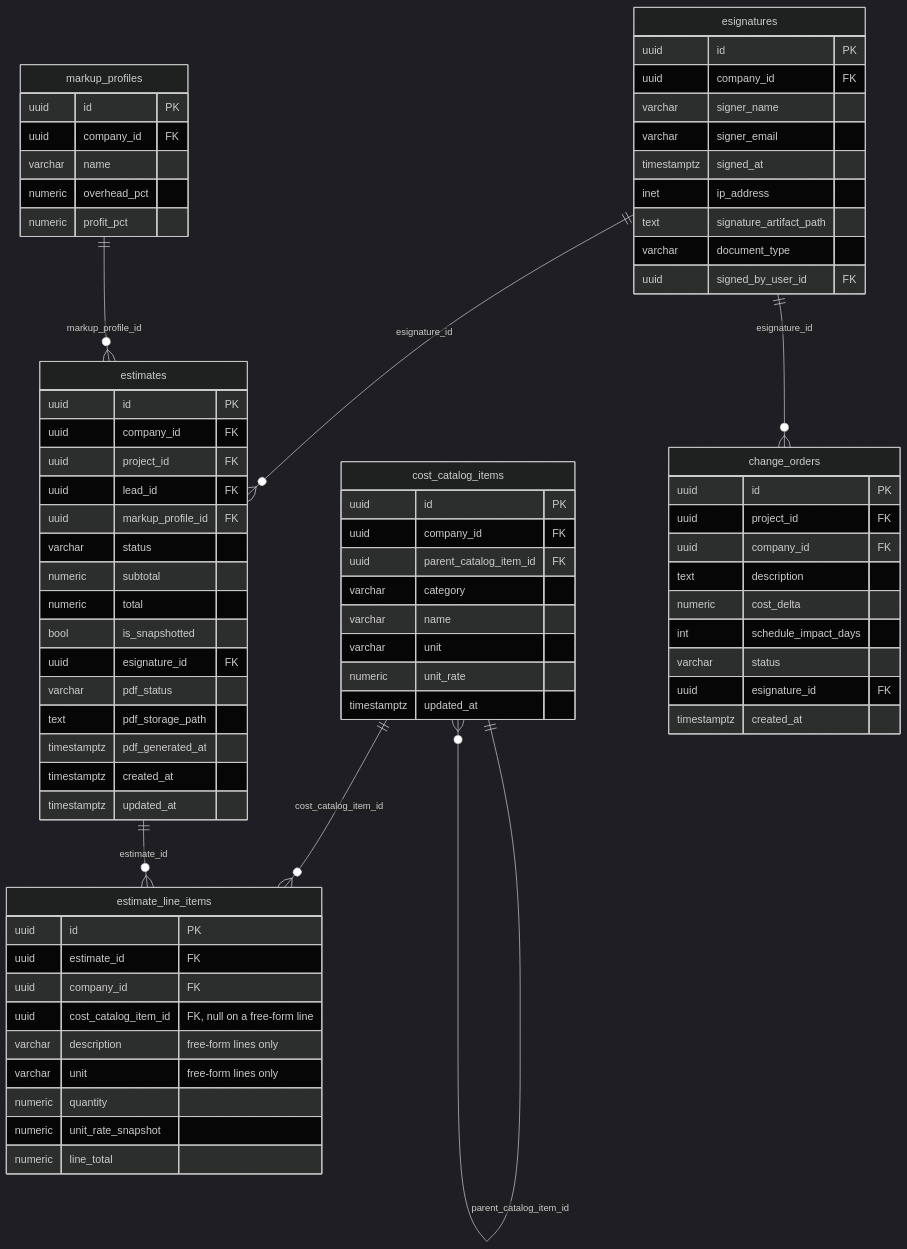
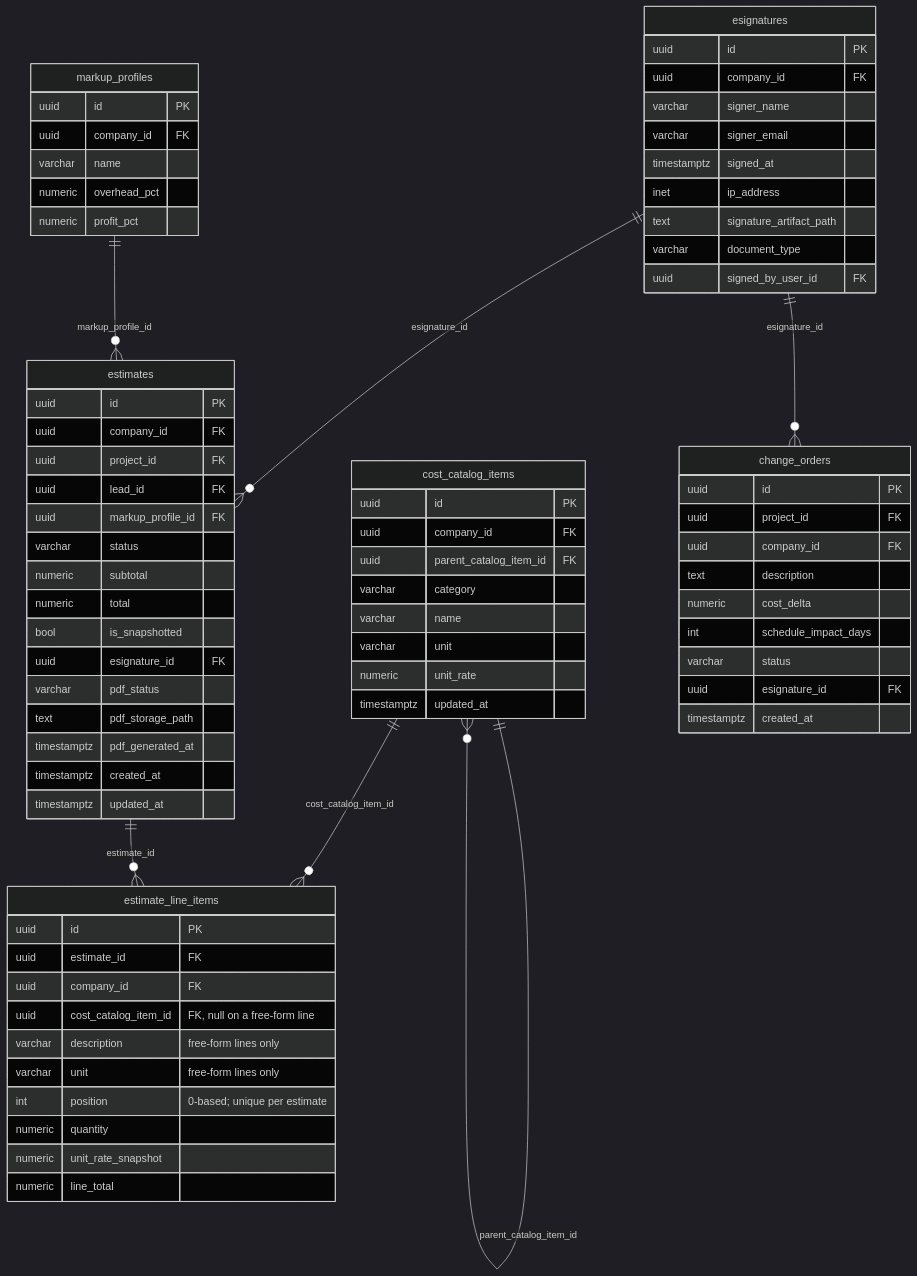
Before and after one commit to ETXSVC/New_Builders_Stream: the fifth of 13 diagrams in docs/13-database-erd.md, drawn with Mermaid (dark theme). The commit also changed other lines of this file and 9 other files, not shown here.

````diff
--- a/docs/13-database-erd.md
+++ b/docs/13-database-erd.md
@@ -277,77 +277,78 @@
 ```mermaid
 erDiagram
     cost_catalog_items {
         uuid id "PK"
         uuid company_id "FK"
         uuid parent_catalog_item_id "FK"
         varchar category
         varchar name
         varchar unit
         numeric unit_rate
         timestamptz updated_at
     }
     markup_profiles {
         uuid id "PK"
         uuid company_id "FK"
         varchar name
         numeric overhead_pct
         numeric profit_pct
     }
     estimates {
         uuid id "PK"
         uuid company_id "FK"
         uuid project_id "FK"
         uuid lead_id "FK"
         uuid markup_profile_id "FK"
         varchar status
         numeric subtotal
         numeric total
         bool is_snapshotted
         uuid esignature_id "FK"
         varchar pdf_status
         text pdf_storage_path
         timestamptz pdf_generated_at
         timestamptz created_at
         timestamptz updated_at
     }
     estimate_line_items {
         uuid id "PK"
         uuid estimate_id "FK"
         uuid company_id "FK"
         uuid cost_catalog_item_id "FK, null on a free-form line"
         varchar description "free-form lines only"
         varchar unit "free-form lines only"
+        int position "0-based; unique per estimate"
         numeric quantity
         numeric unit_rate_snapshot
         numeric line_total
     }
     esignatures {
         uuid id "PK"
         uuid company_id "FK"
         varchar signer_name
         varchar signer_email
         timestamptz signed_at
         inet ip_address
         text signature_artifact_path
         varchar document_type
         uuid signed_by_user_id "FK"
     }
     change_orders {
         uuid id "PK"
         uuid project_id "FK"
         uuid company_id "FK"
         text description
         numeric cost_delta
         int schedule_impact_days
         varchar status
         uuid esignature_id "FK"
         timestamptz created_at
     }
 
     esignatures ||--o{ change_orders : "esignature_id"
     cost_catalog_items ||--o{ cost_catalog_items : "parent_catalog_item_id"
     cost_catalog_items ||--o{ estimate_line_items : "cost_catalog_item_id"
     estimates ||--o{ estimate_line_items : "estimate_id"
     esignatures ||--o{ estimates : "esignature_id"
     markup_profiles ||--o{ estimates : "markup_profile_id"
 ```
````
